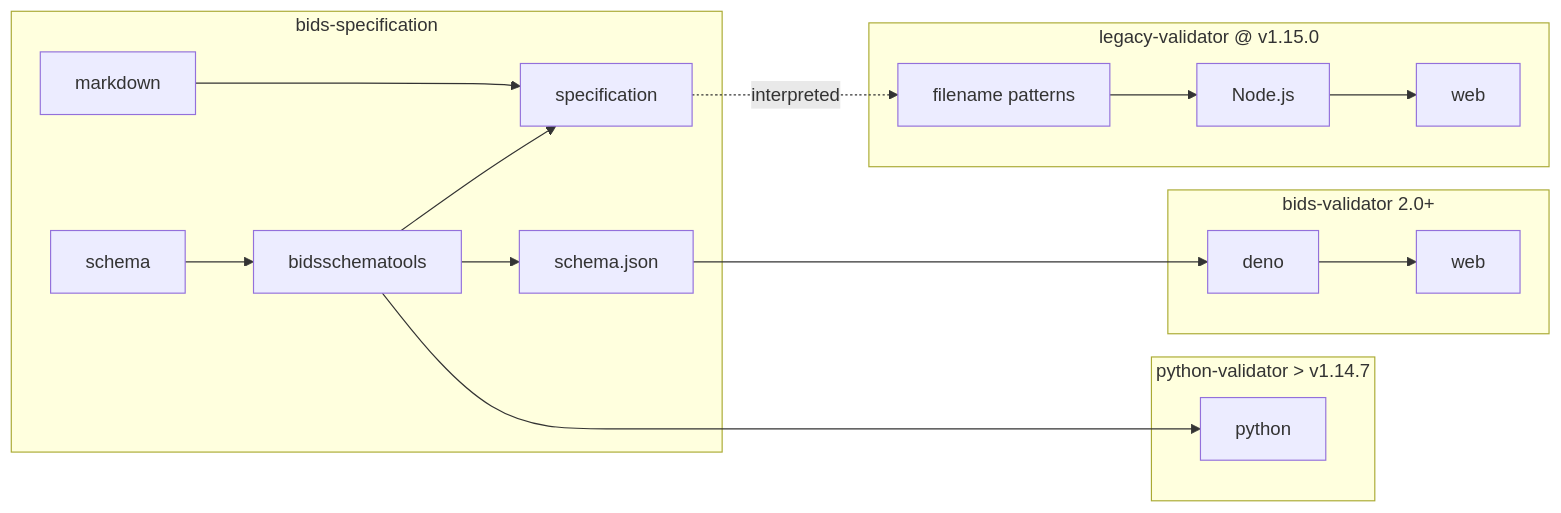
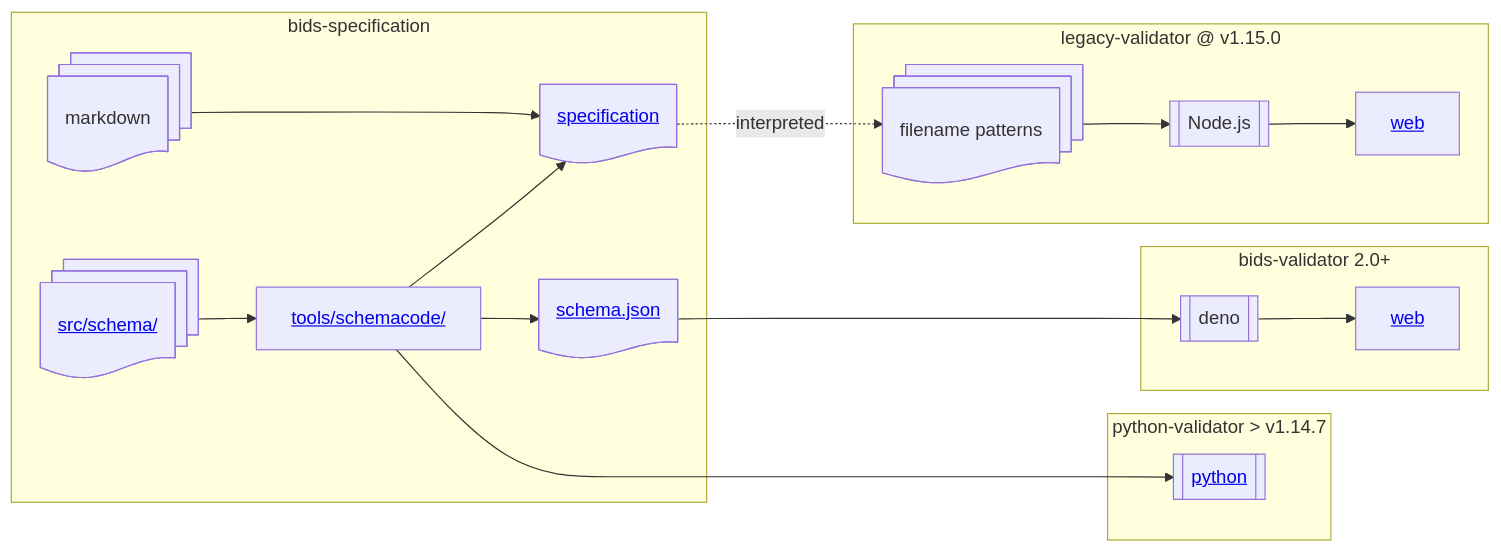
The sixth of 6 diagrams in docs/blog/posts/bids-validator-2.0.md (bids-standard/bids-website), drawn with Mermaid before and after one commit. The commit also changed other lines of this file, not shown here.

Commit message:
Extend mermaid diagrams in validator blog post with HTML links and shapes (#747)

````diff
--- a/docs/blog/posts/bids-validator-2.0.md
+++ b/docs/blog/posts/bids-validator-2.0.md
@@ -367,22 +412,34 @@
 ```mermaid
 graph LR;
     subgraph bids-specification;
         markdown ---> specification
         schema --> bidsschematools --> specification & schema.json
     end
     subgraph "legacy-validator @ v1.15.0";
         regex["filename patterns"] --> Node.js
         Node.js --> web1["web"]
     end
     subgraph "bids-validator 2.0+";
         deno --> web
 
     end
     subgraph "python-validator > v1.14.7";
         python
     end
 
     specification -. interpreted .-> regex
     schema.json ---> deno
     bidsschematools ----> python
+
+    markdown@{ shape: docs }
+    schema@{ label: "<a href='https://github.com/bids-standard/bids-specification/tree/v1.10.0/src/schema'>src/schema/</a>", shape: docs }
+    bidsschematools@{ label: "<a href='https://github.com/bids-standard/bids-specification/tree/v1.10.0/tools/schemacode'>tools/schemacode/</a>", shape: proc }
+    specification@{ label: "<a href='https://bids-specification.readthedocs.io'>specification</a>", shape: doc }
+    schema.json@{ label: "<a href='https://bids-specification.readthedocs.io/en/v1.10.0/schema.json'>schema.json</a>", shape: doc }
+    regex@{ shape: docs }
+    Node.js@{ shape: subproc }
+    python@{ label: "<a href='https://github.com/bids-standard/python-validator'>python</a>", shape: subproc }
+    deno@{ shape: subproc }
+    web@{ label: "<a href='https://bids-standard.github.io/bids-validator/'>web</a>", shape: rect }
+    web1@{ label: "<a href='https://bids-standard.github.io/legacy-validator/'>web</a>", shape: rect }
 ```
````
